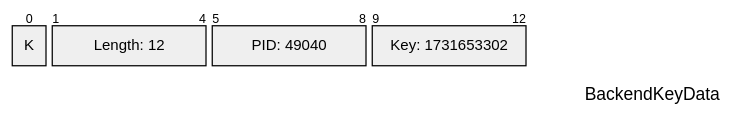
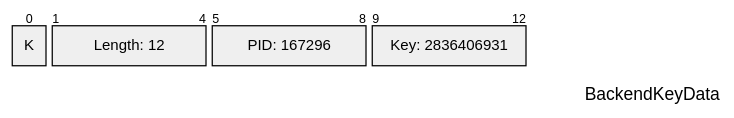
One commit to xfischer/pg_protoexport changed the tenth of 26 diagrams in docs/examples/exports/pagila-00-startup-handshake-startup-authentication-parameterstatus-readyforquery/capture.mermaid.pkt.md. Above: the diagram before and after it, drawn with Mermaid. The commit also changed other lines of this file and 135 other files, not shown here.

````diff
--- a/docs/examples/exports/pagila-00-startup-handshake-startup-authentication-parameterstatus-readyforquery/capture.mermaid.pkt.md
+++ b/docs/examples/exports/pagila-00-startup-handshake-startup-authentication-parameterstatus-readyforquery/capture.mermaid.pkt.md
@@ -142,13 +142,13 @@
 ```mermaid
 ---
 title: "BackendKeyData"
 config:
   packet:
     bitsPerRow: 32
 ---
 packet
     +1: "K"
     +4: "Length: 12"
-    +4: "PID: 49040"
-    +4: "Key: 1731653302"
+    +4: "PID: 167296"
+    +4: "Key: 2836406931"
 ```
````
